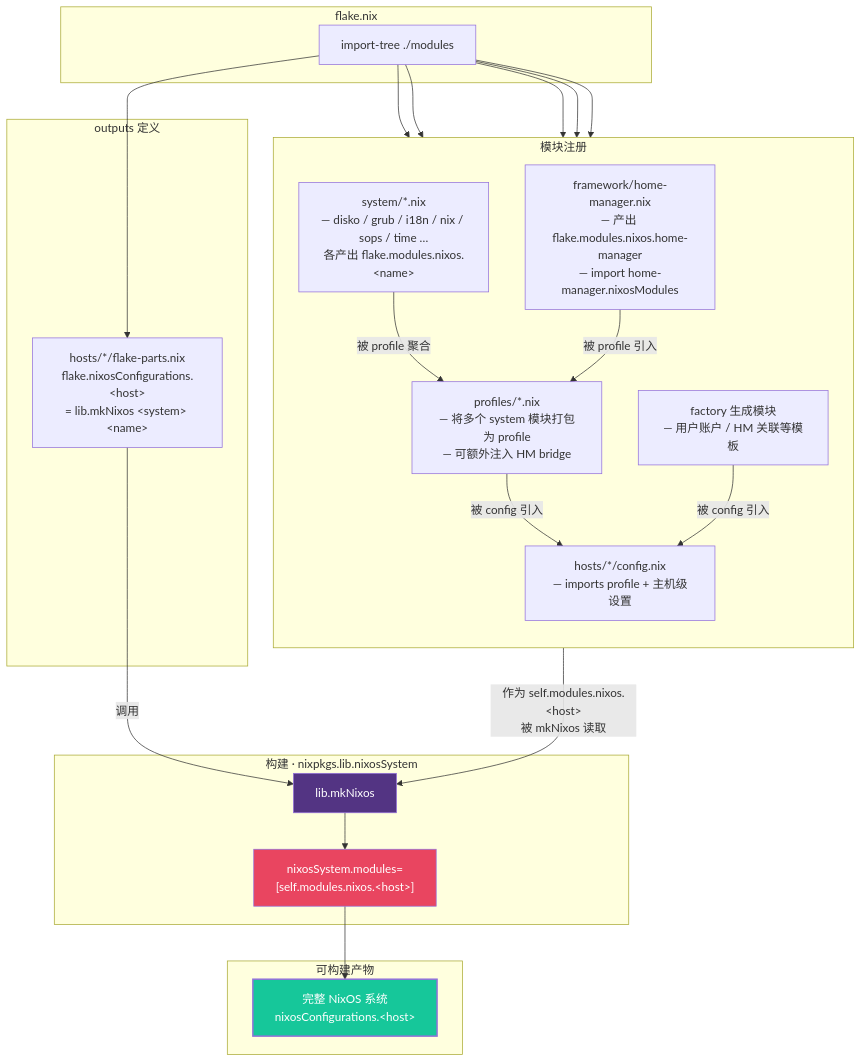
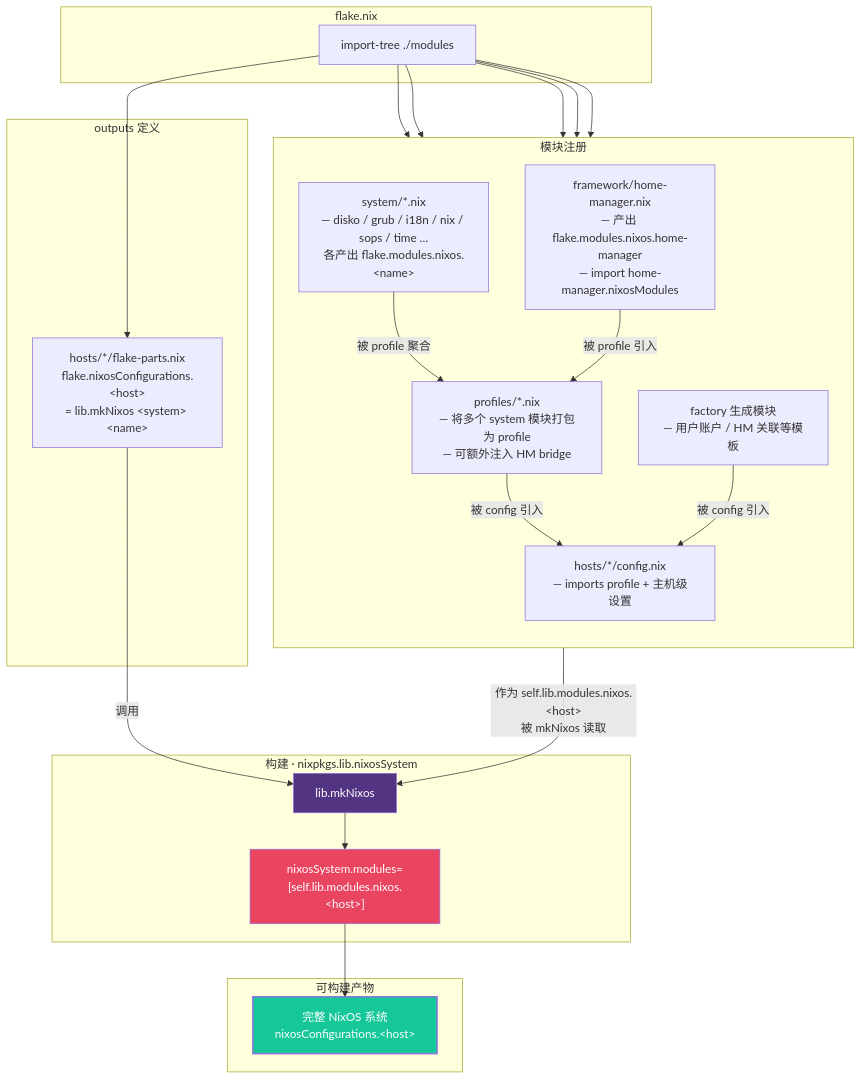
The second of 3 diagrams in docs/architecture.md (qianlitt/nixos-config), drawn with Mermaid before and after one commit. The commit also changed other lines of this file and 24 other files, not shown here.

````diff
--- a/docs/architecture.md
+++ b/docs/architecture.md
@@ -43,49 +56,49 @@
 ```mermaid
 flowchart TB
     subgraph FlakeEntry [flake.nix]
         A["import-tree ./modules"]
     end
 
     subgraph Register [模块注册]
         direction TB
         SYS["system/*.nix<br/>— disko / grub / i18n / nix / sops / time …<br/>各产出 flake.modules.nixos.&lt;name&gt;"]
         PROF["profiles/*.nix<br/>— 将多个 system 模块打包为 profile<br/>— 可额外注入 HM bridge"]
         HOST["hosts/*/config.nix<br/>— imports profile + 主机级设置"]
         FACTORY["factory 生成模块<br/>— 用户账户 / HM 关联等模板"]
         BRIDGE["framework/home-manager.nix<br/>— 产出 flake.modules.nixos.home-manager<br/>— import home-manager.nixosModules"]
     end
 
     subgraph OutputDef [outputs 定义]
         O["hosts/*/flake-parts.nix<br/>flake.nixosConfigurations.&lt;host&gt;<br/>= lib.mkNixos &lt;system&gt; &lt;name&gt;"]
     end
 
     subgraph Build [构建 · nixpkgs.lib.nixosSystem]
         L["lib.mkNixos"]
-        NIXOS["nixosSystem.modules=<br/>[self.modules.nixos.&lt;host&gt;]"]
+        NIXOS["nixosSystem.modules=<br/>[self.lib.modules.nixos.&lt;host&gt;]"]
     end
 
     subgraph Final [可构建产物]
         C["完整 NixOS 系统<br/>nixosConfigurations.&lt;host&gt;"]
     end
 
     A --> SYS
     A --> PROF
     A --> HOST
     A --> FACTORY
     A --> BRIDGE
     A --> O
 
     SYS -->|被 profile 聚合| PROF
     BRIDGE -->|被 profile 引入| PROF
     PROF -->|被 config 引入| HOST
     FACTORY -->|被 config 引入| HOST
 
     O -->|调用| L
-    HOST -->|作为 self.modules.nixos.&lt;host&gt;<br/>被 mkNixos 读取| L
+    HOST -->|作为 self.lib.modules.nixos.&lt;host&gt;<br/>被 mkNixos 读取| L
     L --> NIXOS
     NIXOS --> C
 
     style L fill:#533483,color:#fff
     style NIXOS fill:#e94560,color:#fff
     style C fill:#16c79a,color:#fff,stroke-width:2px
 ```
````
